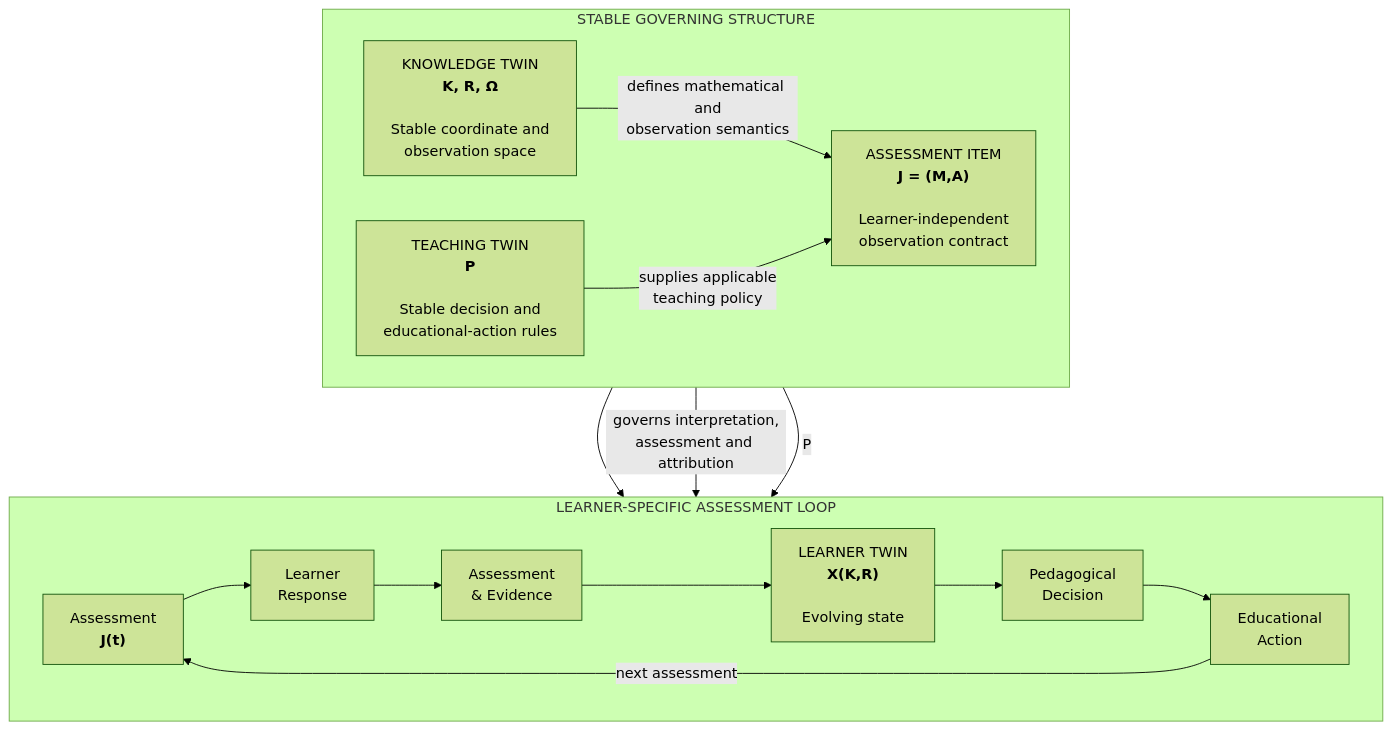
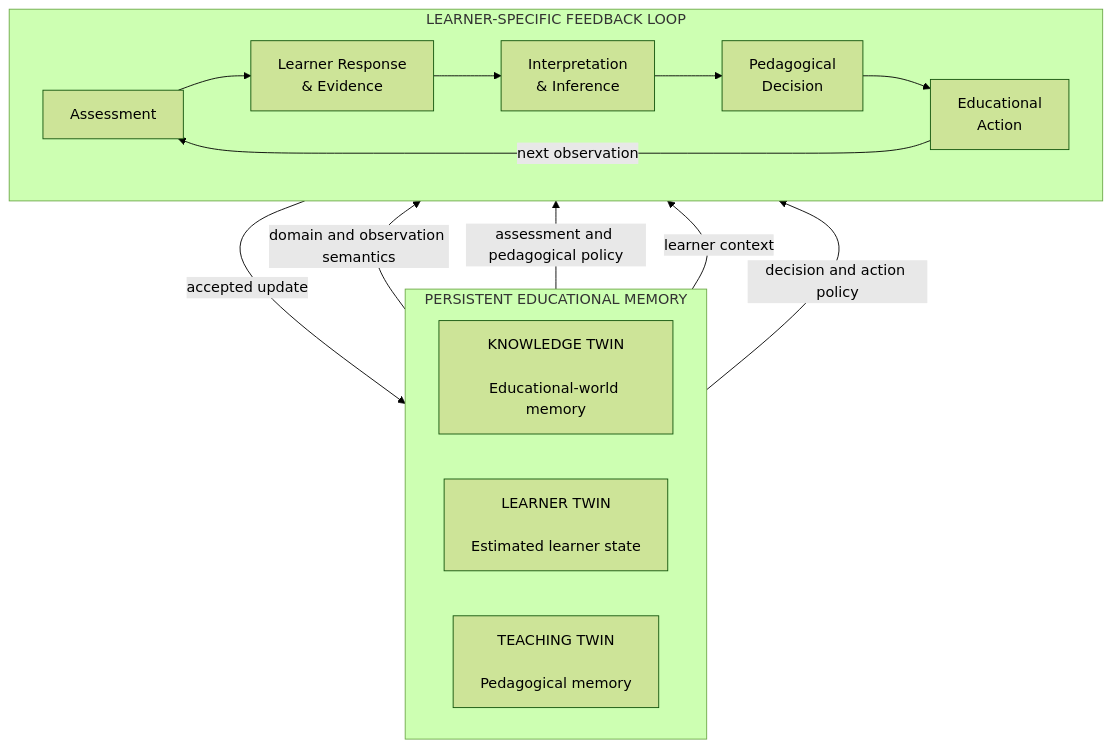
One commit to thatao72/three-twin-docs changed the second of 5 diagrams in content/architecture.md. Above: the diagram before and after it, drawn with Mermaid (forest theme). The commit also changed other lines of this file, not shown here.

Commit message:
Reframe architecture docs around enduring Three-Twin principles

````diff
--- a/content/architecture.md
+++ b/content/architecture.md
@@ -107,44 +112,33 @@
 ```mermaid
 flowchart TB
 
-    subgraph GOVERNANCE["STABLE GOVERNING STRUCTURE"]
+    subgraph MEMORY["PERSISTENT EDUCATIONAL MEMORY"]
         direction LR
 
-        K["KNOWLEDGE TWIN<br/><b>K, R, Ω</b><br/><br/>Stable coordinate and<br/>observation space"]
-
-        J0["ASSESSMENT ITEM<br/><b>J = (M,A)</b><br/><br/>Learner-independent<br/>observation contract"]
-
-        TWIN_T["TEACHING TWIN<br/><b>P</b><br/><br/>Stable decision and<br/>educational-action rules"]
-
-        K -->|"defines mathematical and<br/>observation semantics"| J0
-        TWIN_T -->|"supplies applicable<br/>teaching policy"| J0
+        K["KNOWLEDGE TWIN<br/><br/>Educational-world memory"]
+        L["LEARNER TWIN<br/><br/>Estimated learner state"]
+        T["TEACHING TWIN<br/><br/>Pedagogical memory"]
     end
 
-    subgraph LOOP["LEARNER-SPECIFIC ASSESSMENT LOOP"]
+    subgraph LOOP["LEARNER-SPECIFIC FEEDBACK LOOP"]
         direction LR
 
-        J["Assessment<br/><b>J(t)</b>"]
-
-        A["Learner<br/>Response"]
-
-        E["Assessment<br/>& Evidence"]
-
-        L["LEARNER TWIN<br/><b>X(K,R)</b><br/><br/>Evolving state"]
-
+        J["Assessment"]
+        OBS["Learner Response<br/>& Evidence"]
+        INF["Interpretation<br/>& Inference"]
         PD["Pedagogical<br/>Decision"]
-
         EA["Educational<br/>Action"]
 
-        J --> A
-        A --> E
-        E --> L
-        L --> PD
+        J --> OBS
+        OBS --> INF
+        INF --> PD
         PD --> EA
-        EA -->|"next assessment"| J
+        EA -->|"next observation"| J
     end
 
-    J0 --> J
-    J0 -->|"governs interpretation,<br/>assessment and attribution"| E
-
-    TWIN_T -->|"P"| PD
+    K -->|"domain and observation semantics"| J
+    T -->|"assessment and pedagogical policy"| J
+    INF -->|"accepted update"| L
+    L -->|"learner context"| PD
+    T -->|"decision and action policy"| PD
 ```
````
